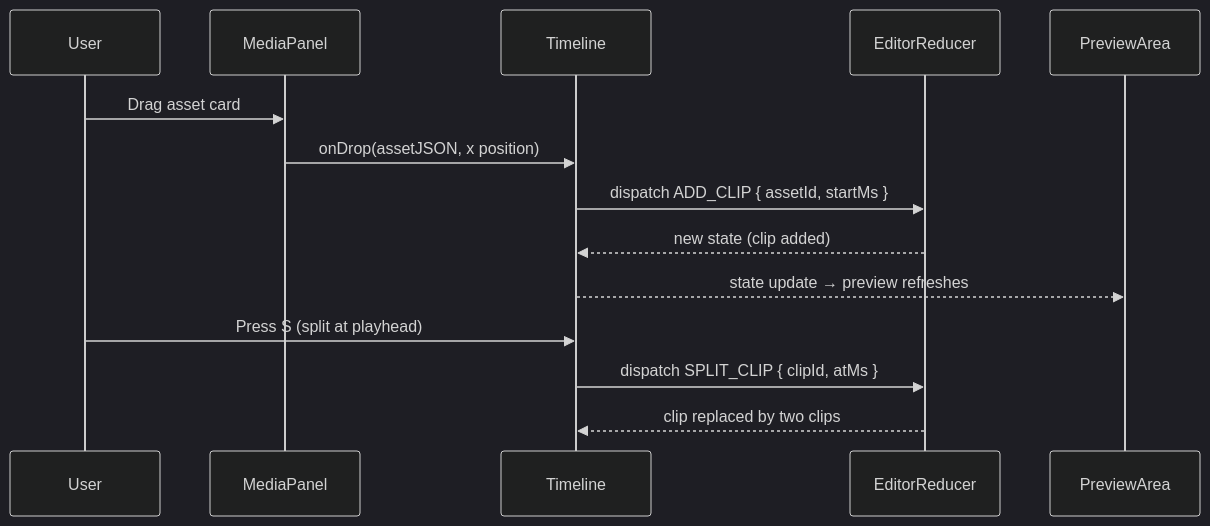
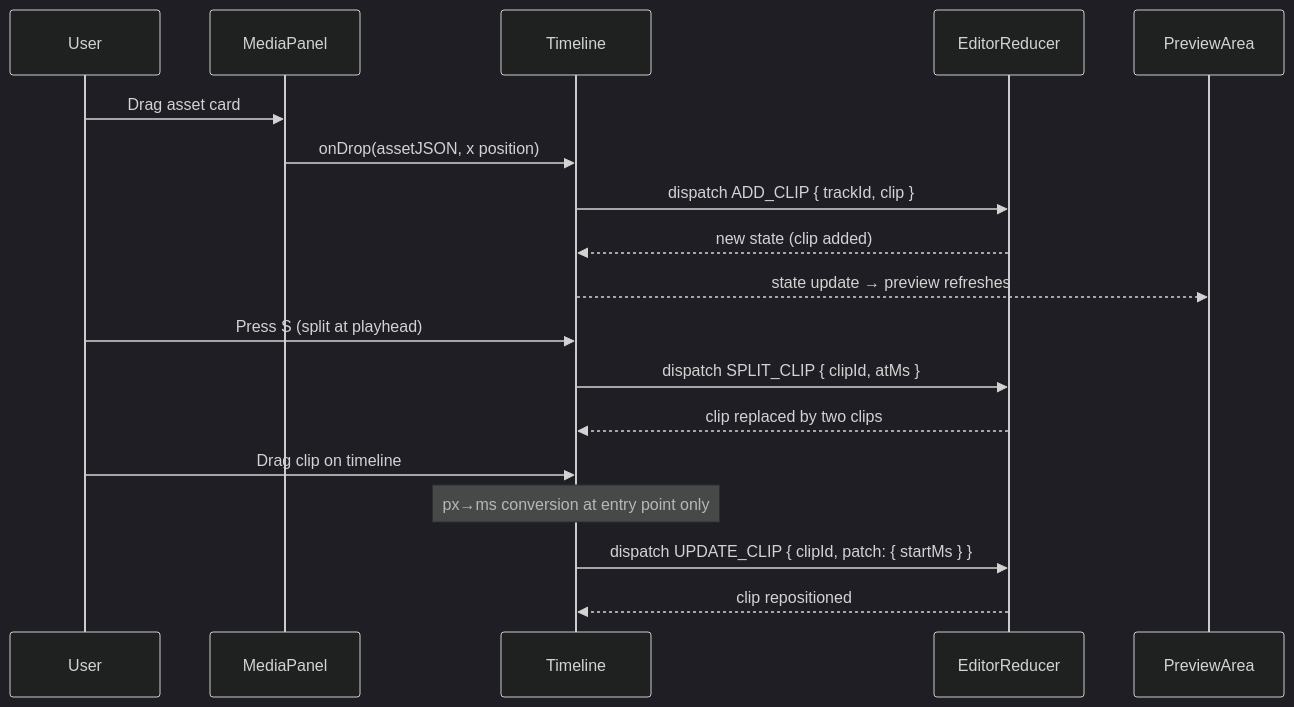
Before and after one commit to KennethAtchon/ContentAI: the second of 2 diagrams in docs/editor-studio/architecture/01-editor-core-hld-lld.md, drawn with Mermaid (dark theme). The commit also changed other lines of this file and 26 other files, not shown here.

First line of the commit message:
feat: Enhance Docker scripts and database schema for improved project management and infrastructure setup

````diff
--- a/docs/editor-studio/architecture/01-editor-core-hld-lld.md
+++ b/docs/editor-studio/architecture/01-editor-core-hld-lld.md
@@ -48,18 +47,23 @@
 ```mermaid
 sequenceDiagram
     participant U as User
     participant MP as MediaPanel
     participant TL as Timeline
     participant ER as EditorReducer
     participant PA as PreviewArea
 
     U->>MP: Drag asset card
     MP->>TL: onDrop(assetJSON, x position)
-    TL->>ER: dispatch ADD_CLIP { assetId, startMs }
+    TL->>ER: dispatch ADD_CLIP { trackId, clip }
     ER-->>TL: new state (clip added)
     TL-->>PA: state update → preview refreshes
 
     U->>TL: Press S (split at playhead)
     TL->>ER: dispatch SPLIT_CLIP { clipId, atMs }
     ER-->>TL: clip replaced by two clips
+
+    U->>TL: Drag clip on timeline
+    Note over TL: px→ms conversion at entry point only
+    TL->>ER: dispatch UPDATE_CLIP { clipId, patch: { startMs } }
+    ER-->>TL: clip repositioned
 ```
````
